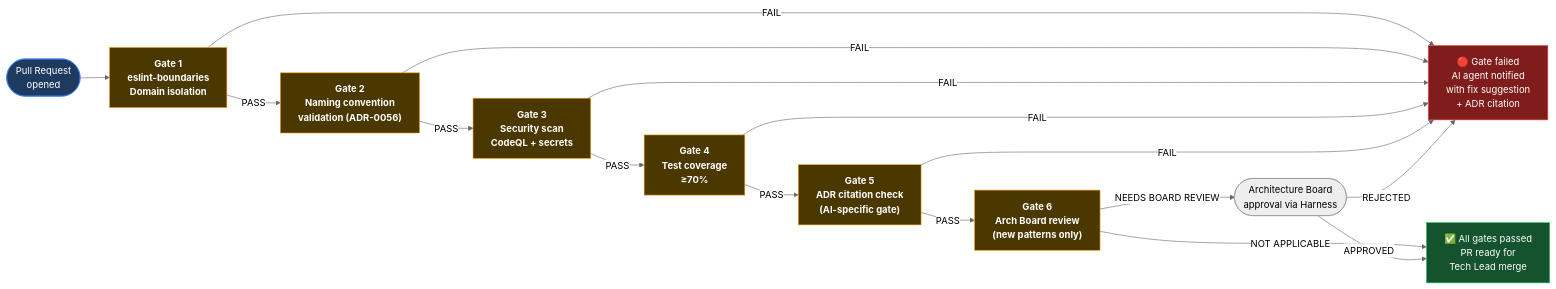
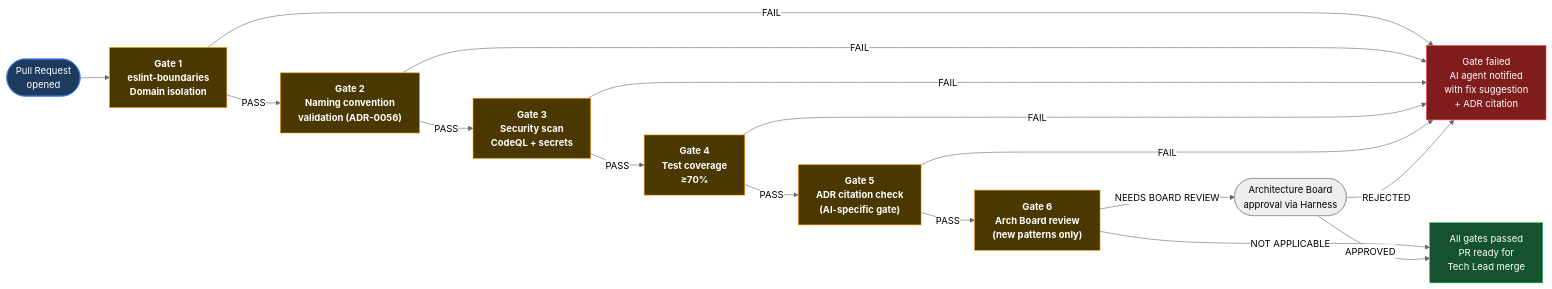
One commit to beyondnetcode/evolith_arch32 changed the fourth of 5 diagrams in reference/governance/standards/ai-augmented/08-architecture-ai-assistant/visuals/v11-governance-guardrails.md. Above: the diagram before and after it, drawn with Mermaid (neutral theme). The commit also changed other lines of this file and 41 other files, not shown here.

````diff
--- a/reference/governance/standards/ai-augmented/08-architecture-ai-assistant/visuals/v11-governance-guardrails.md
+++ b/reference/governance/standards/ai-augmented/08-architecture-ai-assistant/visuals/v11-governance-guardrails.md
@@ -138,35 +138,35 @@
 ```mermaid
 flowchart LR
     classDef step fill:#1e3a5f,stroke:#3b82f6,color:#fff
     classDef gate fill:#4a3800,stroke:#f59e0b,color:#fff,font-weight:bold
     classDef pass fill:#14532d,stroke:#22c55e,color:#fff
     classDef fail fill:#7f1d1d,stroke:#ef4444,color:#fff
 
     PR(["Pull Request\nopened"]):::step
 
     G1["Gate 1\neslint-boundaries\nDomain isolation"]:::gate
     G2["Gate 2\nNaming convention\nvalidation (ADR-0056)"]:::gate
     G3["Gate 3\nSecurity scan\nCodeQL + secrets"]:::gate
     G4["Gate 4\nTest coverage\n≥70%"]:::gate
     G5["Gate 5\nADR citation check\n(AI-specific gate)"]:::gate
     G6["Gate 6\nArch Board review\n(new patterns only)"]:::gate
 
-    PASS["✅ All gates passed\nPR ready for\nTech Lead merge"]:::pass
-    FAIL["🔴 Gate failed\nAI agent notified\nwith fix suggestion\n+ ADR citation"]:::fail
+    PASS[" All gates passed\nPR ready for\nTech Lead merge"]:::pass
+    FAIL[" Gate failed\nAI agent notified\nwith fix suggestion\n+ ADR citation"]:::fail
 
     PR --> G1
     G1 -->|FAIL| FAIL
     G1 -->|PASS| G2
     G2 -->|FAIL| FAIL
     G2 -->|PASS| G3
     G3 -->|FAIL| FAIL
     G3 -->|PASS| G4
     G4 -->|FAIL| FAIL
     G4 -->|PASS| G5
     G5 -->|FAIL| FAIL
     G5 -->|PASS| G6
     G6 -->|NEEDS BOARD REVIEW| BOARD(["Architecture Board\napproval via Harness"])
     G6 -->|NOT APPLICABLE| PASS
     BOARD -->|APPROVED| PASS
     BOARD -->|REJECTED| FAIL
 ```
````
